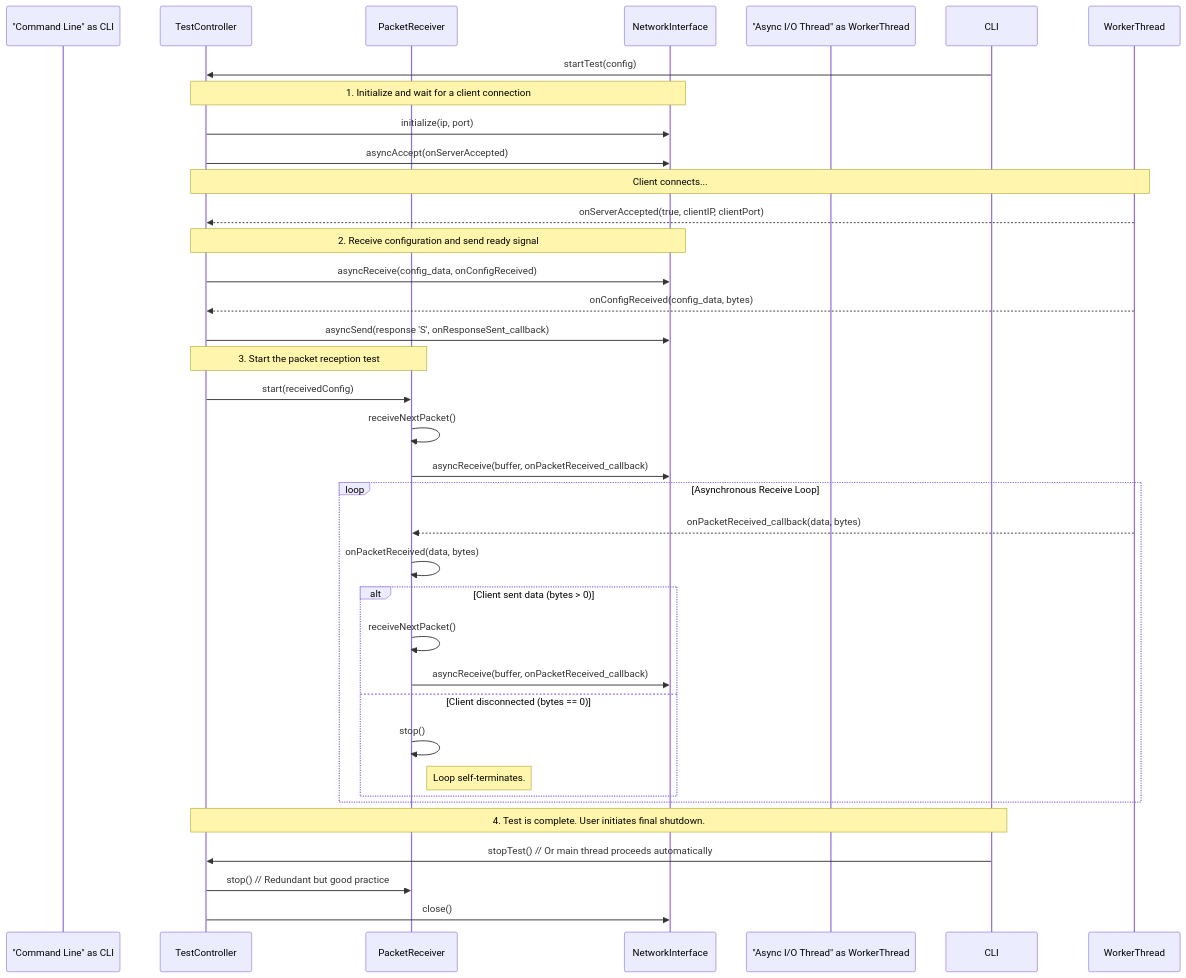
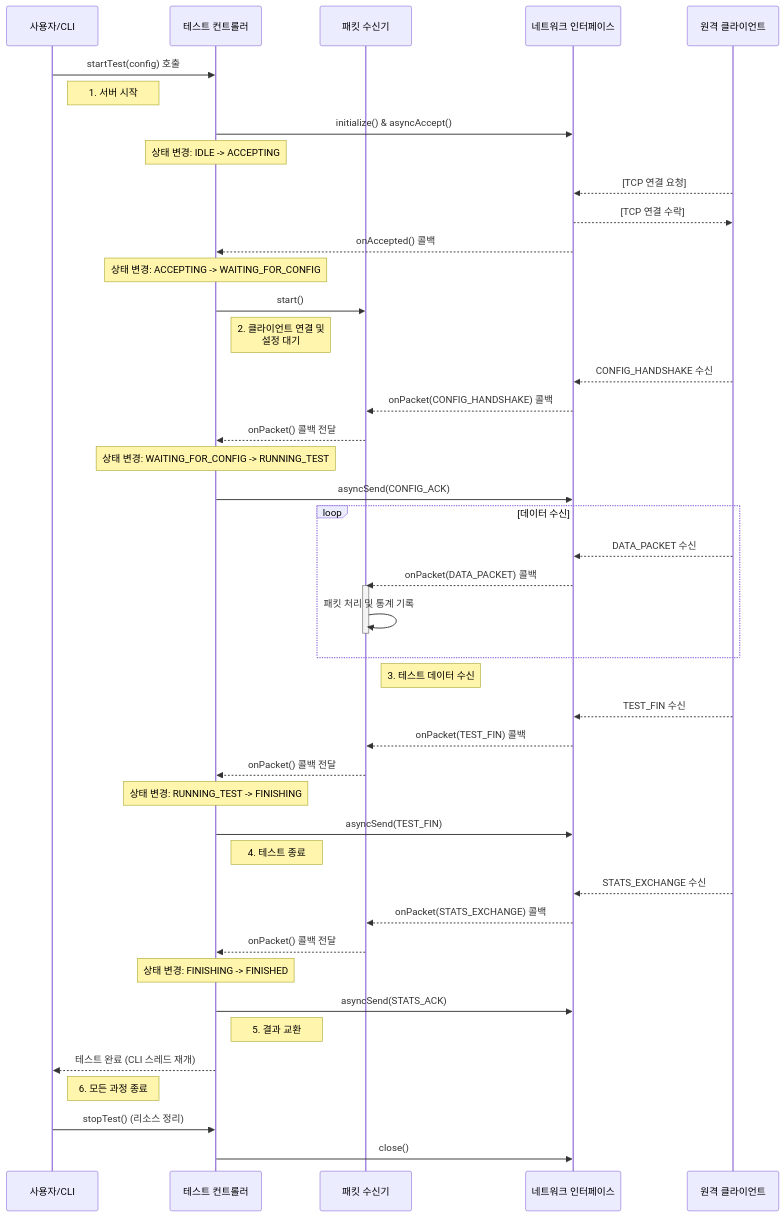
One commit to JunKIM2603a/MyIperf changed the diagram in UML/ServerSequenceDiagram.md. Above: the diagram before and after it, drawn with Mermaid. The commit also changed other lines of this file and 13 other files, not shown here.

Commit message:
데이터 교환 OK, UML 업데이트

````diff
--- a/UML/ServerSequenceDiagram.md
+++ b/UML/ServerSequenceDiagram.md
@@ -5,44 +7,55 @@
 ```mermaid
 sequenceDiagram
-    participant "Command Line" as CLI
-    participant TestController
-    participant PacketReceiver
-    participant NetworkInterface
-    participant "Async I/O Thread" as WorkerThread
+    participant 사용자 as 사용자/CLI
+    participant 컨트롤러 as 테스트 컨트롤러
+    participant 수신기 as 패킷 수신기
+    participant 네트워크 as 네트워크 인터페이스
+    participant 클라이언트 as 원격 클라이언트
 
-    CLI->>TestController: startTest(config)
+    사용자->>컨트롤러: startTest(config) 호출
+    note right of 사용자: 1. 서버 시작
 
-    Note over TestController, NetworkInterface: 1. Initialize and wait for a client connection
-    TestController->>NetworkInterface: initialize(ip, port)
-    TestController->>NetworkInterface: asyncAccept(onServerAccepted)
-    Note over TestController, WorkerThread: Client connects...
-    WorkerThread-->>TestController: onServerAccepted(true, clientIP, clientPort)
+    컨트롤러->>네트워크: initialize() & asyncAccept()
+    note over 컨트롤러: 상태 변경: IDLE -> ACCEPTING
 
-    Note over TestController, NetworkInterface: 2. Receive configuration and send ready signal
-    TestController->>NetworkInterface: asyncReceive(config_data, onConfigReceived)
-    WorkerThread-->>TestController: onConfigReceived(config_data, bytes)
-    TestController->>NetworkInterface: asyncSend(response 'S', onResponseSent_callback)
+    클라이언트-->>네트워크: [TCP 연결 요청]
+    네트워크-->>클라이언트: [TCP 연결 수락]
+    네트워크-->>컨트롤러: onAccepted() 콜백
+    note over 컨트롤러: 상태 변경: ACCEPTING -> WAITING_FOR_CONFIG
+    컨트롤러->>수신기: start()
+    note right of 컨트롤러: 2. 클라이언트 연결 및<br>설정 대기
 
-    Note over TestController, PacketReceiver: 3. Start the packet reception test
-    TestController->>PacketReceiver: start(receivedConfig)
-    PacketReceiver->>PacketReceiver: receiveNextPacket()
-    PacketReceiver->>NetworkInterface: asyncReceive(buffer, onPacketReceived_callback)
+    클라이언트-->>네트워크: CONFIG_HANDSHAKE 수신
+    네트워크-->>수신기: onPacket(CONFIG_HANDSHAKE) 콜백
+    수신기-->>컨트롤러: onPacket() 콜백 전달
+    note over 컨트롤러: 상태 변경: WAITING_FOR_CONFIG -> RUNNING_TEST
+    컨트롤러->>네트워크: asyncSend(CONFIG_ACK)
 
-    loop Asynchronous Receive Loop
-        WorkerThread-->>PacketReceiver: onPacketReceived_callback(data, bytes)
-        PacketReceiver->>PacketReceiver: onPacketReceived(data, bytes)
-        
-        alt Client sent data (bytes > 0)
-            PacketReceiver->>PacketReceiver: receiveNextPacket()
-            PacketReceiver->>NetworkInterface: asyncReceive(buffer, onPacketReceived_callback)
-        else Client disconnected (bytes == 0)
-            PacketReceiver->>PacketReceiver: stop()
-            Note right of PacketReceiver: Loop self-terminates.
-        end
+    loop 데이터 수신
+        클라이언트-->>네트워크: DATA_PACKET 수신
+        네트워크-->>수신기: onPacket(DATA_PACKET) 콜백
+        activate 수신기
+        수신기->>수신기: 패킷 처리 및 통계 기록
+        deactivate 수신기
     end
+    note right of 수신기: 3. 테스트 데이터 수신
 
-    Note over CLI, TestController: 4. Test is complete. User initiates final shutdown.
-    CLI->>TestController: stopTest() // Or main thread proceeds automatically
-    TestController->>PacketReceiver: stop() // Redundant but good practice
-    TestController->>NetworkInterface: close()
+    클라이언트-->>네트워크: TEST_FIN 수신
+    네트워크-->>수신기: onPacket(TEST_FIN) 콜백
+    수신기-->>컨트롤러: onPacket() 콜백 전달
+    note over 컨트롤러: 상태 변경: RUNNING_TEST -> FINISHING
+    컨트롤러->>네트워크: asyncSend(TEST_FIN)
+    note right of 컨트롤러: 4. 테스트 종료
+
+    클라이언트-->>네트워크: STATS_EXCHANGE 수신
+    네트워크-->>수신기: onPacket(STATS_EXCHANGE) 콜백
+    수신기-->>컨트롤러: onPacket() 콜백 전달
+    note over 컨트롤러: 상태 변경: FINISHING -> FINISHED
+    컨트롤러->>네트워크: asyncSend(STATS_ACK)
+    note right of 컨트롤러: 5. 결과 교환
+
+    컨트롤러-->>사용자: 테스트 완료 (CLI 스레드 재개)
+    note right of 사용자: 6. 모든 과정 종료
+    사용자->>컨트롤러: stopTest() (리소스 정리)
+    컨트롤러->>네트워크: close()
 ```
````
